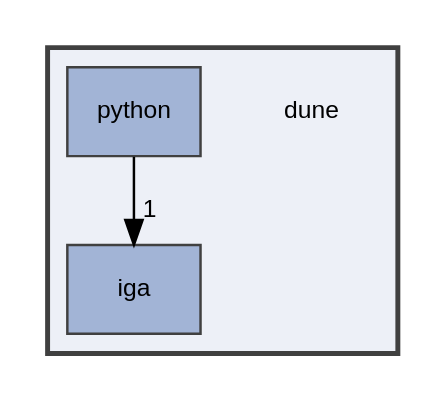
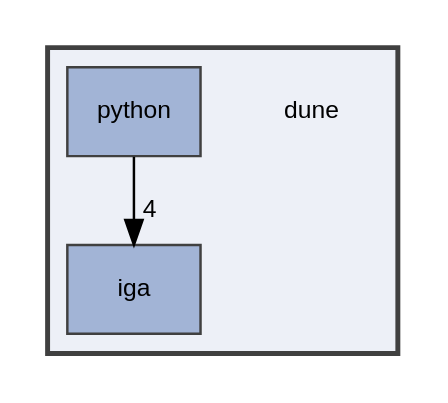
The diagram in dir_5e69be5995c9f5d42bf491ae6f29600e_dep.dot (rath3t/dune-iga-doc), drawn with Graphviz before and after one commit. The commit also changed 19 other files, not shown here.

```diff
--- a/dir_5e69be5995c9f5d42bf491ae6f29600e_dep.dot
+++ b/dir_5e69be5995c9f5d42bf491ae6f29600e_dep.dot
@@ -1,14 +1,14 @@
 digraph "dune"
 {
  // LATEX_PDF_SIZE
   edge [fontname="Helvetica",fontsize="10",labelfontname="Helvetica",labelfontsize="10"];
   node [fontname="Helvetica",fontsize="10",shape=record];
   compound=true
   subgraph clusterdir_5e69be5995c9f5d42bf491ae6f29600e {
     graph [ bgcolor="#edf0f7", pencolor="grey25", style="filled,bold,", label="", fontname="Helvetica", fontsize="10", URL="dir_5e69be5995c9f5d42bf491ae6f29600e.html"]
     dir_5e69be5995c9f5d42bf491ae6f29600e [shape=plaintext, label="dune"];
   dir_d2a3c23294a1b1015b1b8e8721ddded8 [shape=box, label="iga", style="filled,", fillcolor="#a2b4d6", color="grey25", URL="dir_d2a3c23294a1b1015b1b8e8721ddded8.html"];
   dir_e42d0074801678c644b0e137d50ef233 [shape=box, label="python", style="filled,", fillcolor="#a2b4d6", color="grey25", URL="dir_e42d0074801678c644b0e137d50ef233.html"];
   }
-  dir_e42d0074801678c644b0e137d50ef233->dir_d2a3c23294a1b1015b1b8e8721ddded8 [headlabel="1", labeldistance=1.5 headhref="dir_000014_000009.html"];
+  dir_e42d0074801678c644b0e137d50ef233->dir_d2a3c23294a1b1015b1b8e8721ddded8 [headlabel="4", labeldistance=1.5 headhref="dir_000014_000009.html"];
 }
```
